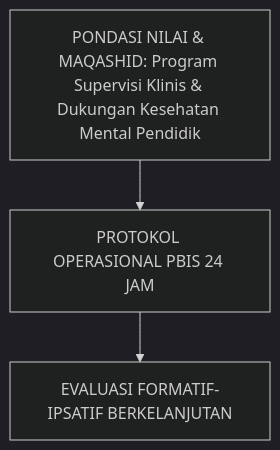
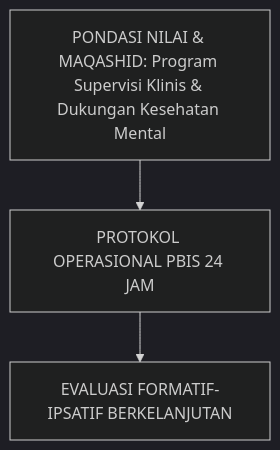
Before and after one commit to wandiapriliyandi/tumbuh: diagram 26 of 45 in BOOK-SERIES/Volume-05/Buku-Volume-05-Manual-Operasional-SOP-Musyrif-dan-Tata-Kelola-Pesantren-Modern.md, drawn with Mermaid (dark theme). The commit also changed other lines of this file and 196 other files, not shown here.

````diff
--- a/BOOK-SERIES/Volume-05/Buku-Volume-05-Manual-Operasional-SOP-Musyrif-dan-Tata-Kelola-Pesantren-Modern.md
+++ b/BOOK-SERIES/Volume-05/Buku-Volume-05-Manual-Operasional-SOP-Musyrif-dan-Tata-Kelola-Pesantren-Modern.md
@@ -439,5 +861,5 @@
 ```mermaid
 graph TD
-    Tujuan["PONDASI NILAI & MAQASHID: Program Supervisi Klinis & Dukungan Kesehatan Mental Pendidik"] --> Operasional["PROTOKOL OPERASIONAL PBIS 24 JAM"]
+    Tujuan["PONDASI NILAI & MAQASHID: Program Supervisi Klinis & Dukungan Kesehatan Mental"] --> Operasional["PROTOKOL OPERASIONAL PBIS 24 JAM"]
     Operasional --> Evaluasi["EVALUASI FORMATIF-IPSATIF BERKELANJUTAN"]
 ```
````
